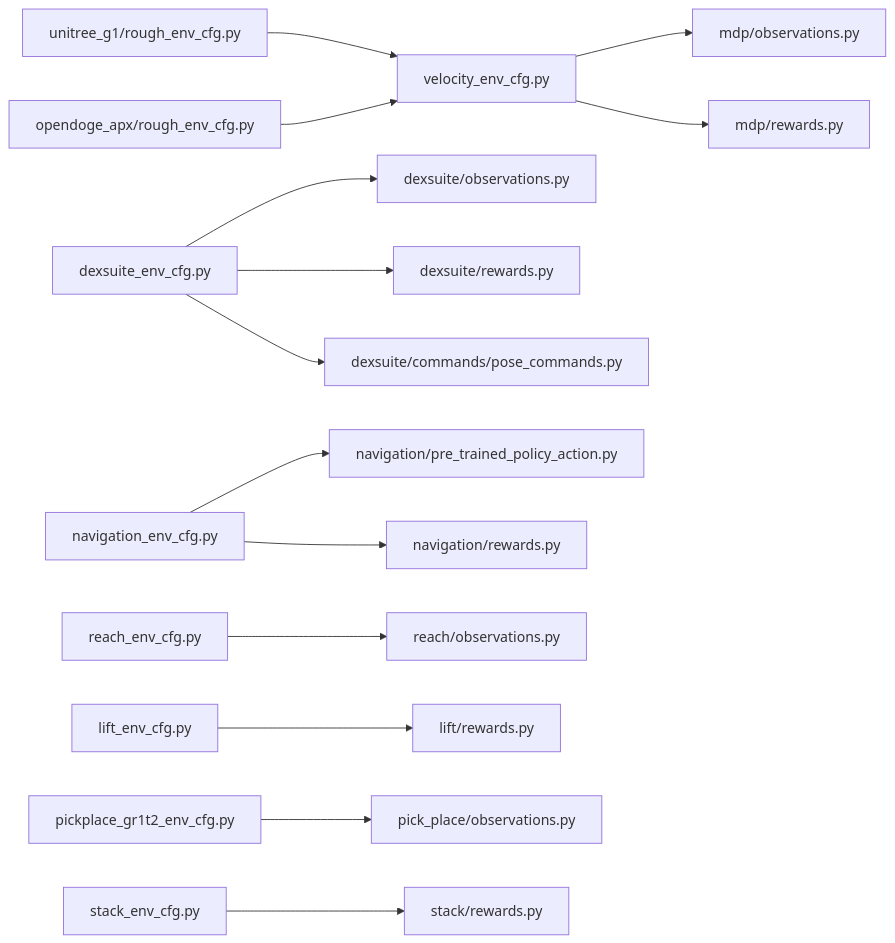
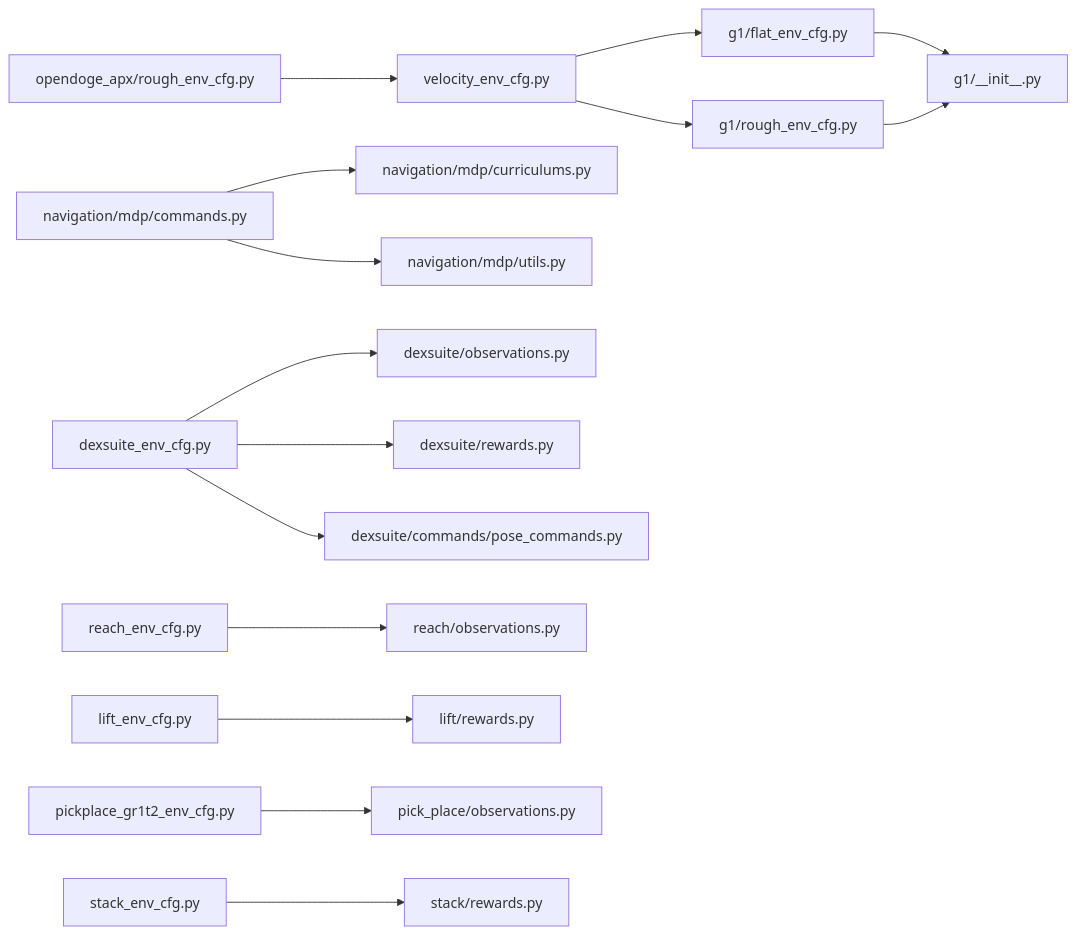
Before and after one commit to jayjayhust/robot_lab: the tenth of 10 diagrams in .qoder/repowiki/en/content/Task Configuration Framework/Task Configuration Framework.md, drawn with Mermaid. The commit also changed other lines of this file and 14 other files, not shown here.

````diff
--- a/.qoder/repowiki/en/content/Task Configuration Framework/Task Configuration Framework.md
+++ b/.qoder/repowiki/en/content/Task Configuration Framework/Task Configuration Framework.md
@@ -433,16 +514,17 @@
 ```mermaid
 graph LR
-VCFG["velocity_env_cfg.py"] --> OBS["mdp/observations.py"]
-VCFG --> REW["mdp/rewards.py"]
+VCFG["velocity_env_cfg.py"] --> G1FLAT["g1/flat_env_cfg.py"]
+VCFG --> G1ROUGH["g1/rough_env_cfg.py"]
+G1FLAT --> G1INIT["g1/__init__.py"]
+G1ROUGH --> G1INIT
+NAVCMDS["navigation/mdp/commands.py"] --> NAVCURR["navigation/mdp/curriculums.py"]
+NAVCMDS --> NAVUTILS["navigation/mdp/utils.py"]
 DEX["dexsuite_env_cfg.py"] --> DEX_OBS["dexsuite/observations.py"]
 DEX --> DEX_REW["dexsuite/rewards.py"]
 DEX --> DEX_CMD["dexsuite/commands/pose_commands.py"]
-NAV["navigation_env_cfg.py"] --> NAV_ACT["navigation/pre_trained_policy_action.py"]
-NAV --> NAV_REW["navigation/rewards.py"]
 REACH["reach_env_cfg.py"] --> REACH_OBS["reach/observations.py"]
 LIFT["lift_env_cfg.py"] --> LIFT_REW["lift/rewards.py"]
 PICKPLACE["pickplace_gr1t2_env_cfg.py"] --> PICKPLACE_OBS["pick_place/observations.py"]
 STACK["stack_env_cfg.py"] --> STACK_REW["stack/rewards.py"]
-UGR["unitree_g1/rough_env_cfg.py"] --> VCFG
 OAR["opendoge_apx/rough_env_cfg.py"] --> VCFG
 ```
````
